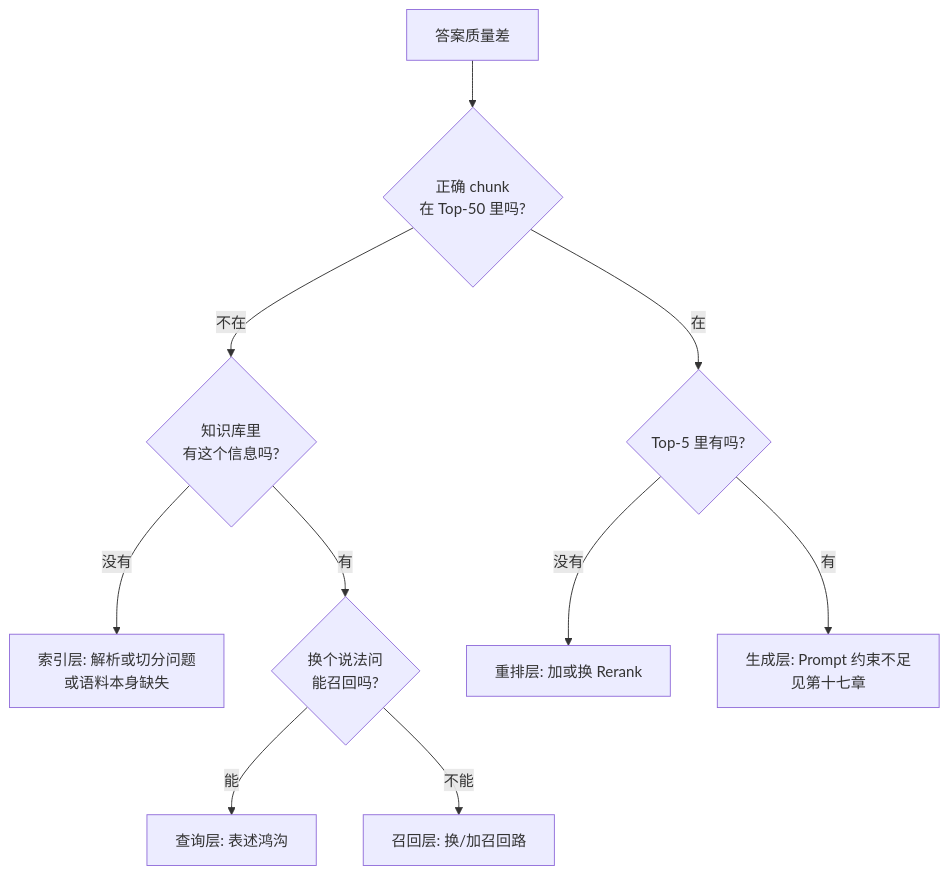
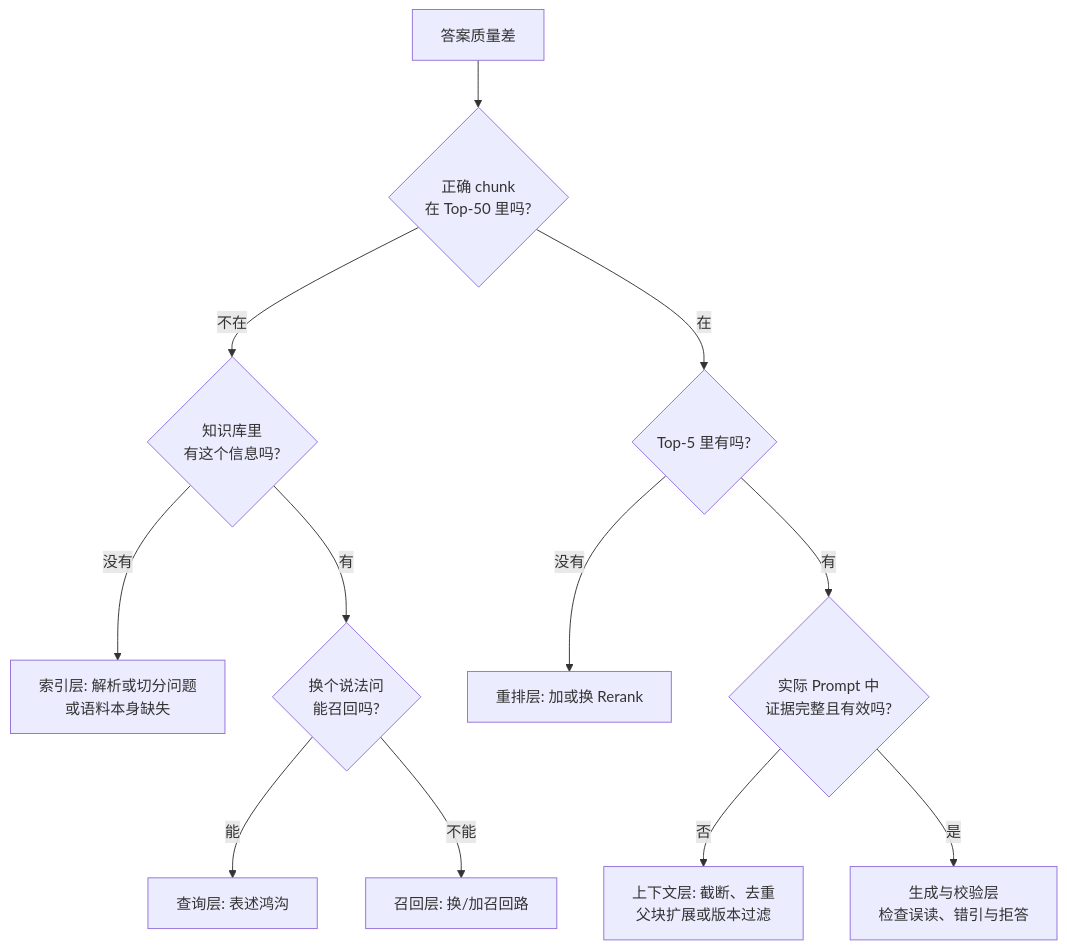
Before and after one commit to oneleaveknowsthefall/awesome-ai-roadmap: the second of 3 diagrams in docs/rag/03-retrieval/14-retrieval-optimization.md, drawn with Mermaid. The commit also changed other lines of this file and 61 other files, not shown here.

````diff
--- a/docs/rag/03-retrieval/14-retrieval-optimization.md
+++ b/docs/rag/03-retrieval/14-retrieval-optimization.md
@@ -105,12 +109,14 @@
 ```mermaid
 flowchart TB
     BAD[答案质量差] --> C1{正确 chunk<br/>在 Top-50 里吗?}
     C1 -->|不在| C2{知识库里<br/>有这个信息吗?}
     C2 -->|没有| FIX1[索引层: 解析或切分问题<br/>或语料本身缺失]
     C2 -->|有| C3{换个说法问<br/>能召回吗?}
     C3 -->|能| FIX2[查询层: 表述鸿沟]
     C3 -->|不能| FIX3[召回层: 换/加召回路]
     C1 -->|在| C4{Top-5 里有吗?}
     C4 -->|没有| FIX4[重排层: 加或换 Rerank]
-    C4 -->|有| FIX5[生成层: Prompt 约束不足<br/>见第十七章]
+    C4 -->|有| C5{实际 Prompt 中<br/>证据完整且有效吗?}
+    C5 -->|否| FIX5[上下文层: 截断、去重<br/>父块扩展或版本过滤]
+    C5 -->|是| FIX6[生成与校验层<br/>检查误读、错引与拒答]
 ```
````
